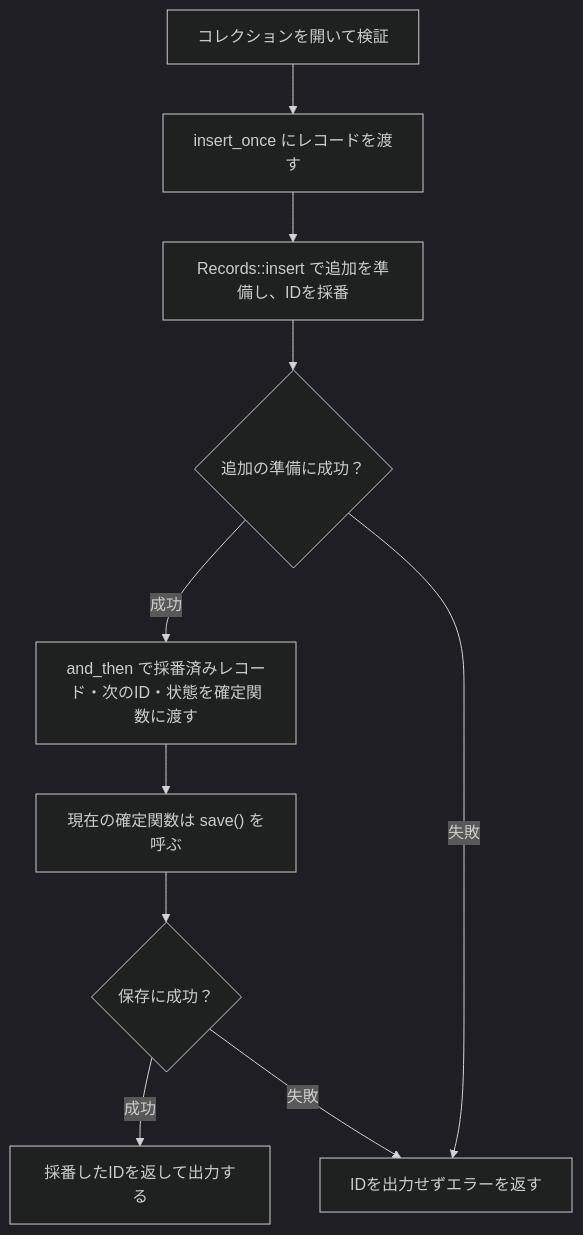
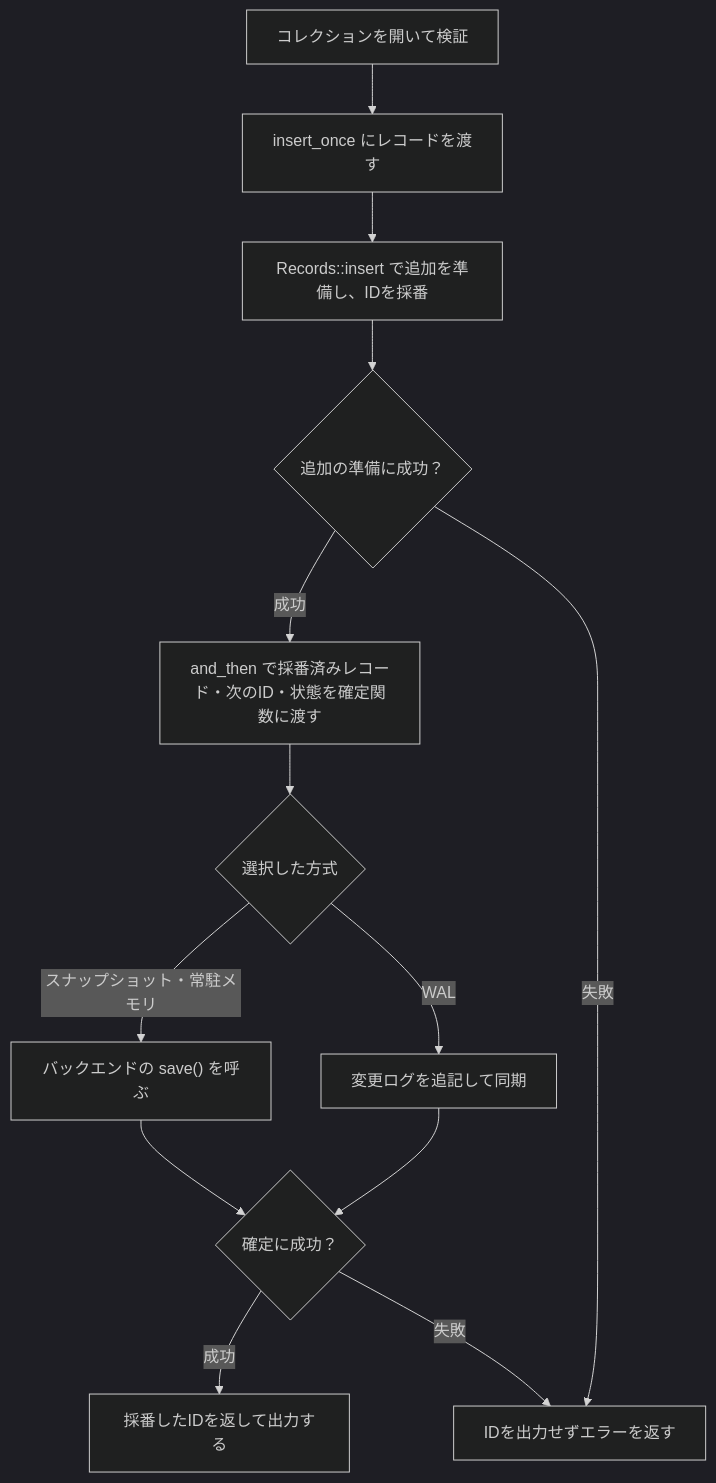
Before and after one commit to YoshiakiNishimura/persist-collections: the diagram in README.ja.md, drawn with Mermaid (dark theme). The commit also changed other lines of this file and 5 other files, not shown here.

Commit message:
Add WAL replay and checkpoint strategy for file stores

````diff
--- a/README.ja.md
+++ b/README.ja.md
@@ -62,12 +62,15 @@
 ```mermaid
 flowchart TD
     Open["コレクションを開いて検証"] --> Insert["insert_once にレコードを渡す"]
     Insert --> Prepare["Records::insert で追加を準備し、IDを採番"]
     Prepare --> Prepared{"追加の準備に成功？"}
     Prepared -->|成功| Commit["and_then で採番済みレコード・次のID・状態を確定関数に渡す"]
     Prepared -->|失敗| Failure["IDを出力せずエラーを返す"]
-    Commit --> Save["現在の確定関数は save() を呼ぶ"]
-    Save --> Saved{"保存に成功？"}
+    Commit --> Strategy{"選択した方式"}
+    Strategy -->|スナップショット・常駐メモリ| Save["バックエンドの save() を呼ぶ"]
+    Strategy -->|WAL| Log["変更ログを追記して同期"]
+    Save --> Saved{"確定に成功？"}
+    Log --> Saved
     Saved -->|成功| Success["採番したIDを返して出力する"]
     Saved -->|失敗| Failure
 ```
````
